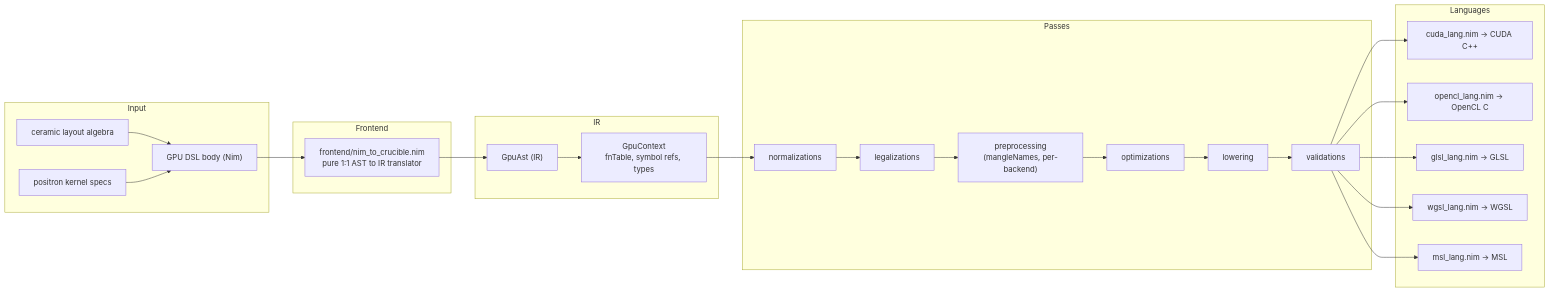
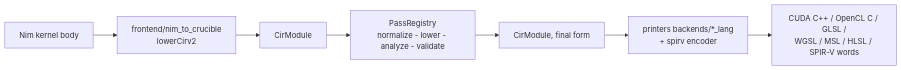
The diagram in workspace/crucible/ARCHITECTURE.md (mratsim/tattletale), drawn with Mermaid before and after one commit. The commit also changed other lines of this file and 216 other files, not shown here.

````diff
--- a/workspace/crucible/ARCHITECTURE.md
+++ b/workspace/crucible/ARCHITECTURE.md
@@ -52,42 +86,9 @@
 ```mermaid
 flowchart LR
-    subgraph Input
-        DSL["GPU DSL body (Nim)"]
-        CER["ceramic layout algebra"]
-        POS["positron kernel specs"]
-    end
-
-    subgraph Frontend
-        F["frontend/nim_to_crucible.nim<br/>pure 1:1 AST to IR translator"]
-    end
-
-    subgraph IR
-        AST["GpuAst (IR)"]
-        CTX["GpuContext<br/>fnTable, symbol refs, types"]
-    end
-
-    subgraph Passes
-        N["normalizations"]
-        LEG["legalizations"]
-        PRE["preprocessing<br/>(mangleNames, per-backend)"]
-        OPT["optimizations"]
-        LOW["lowering"]
-        V["validations"]
-    end
-
-    subgraph Languages
-        B1["cuda_lang.nim -> CUDA C++"]
-        B2["opencl_lang.nim -> OpenCL C"]
-        B3["glsl_lang.nim -> GLSL"]
-        B4["wgsl_lang.nim -> WGSL"]
-        B5["msl_lang.nim -> MSL"]
-    end
-
-    DSL --> F
-    CER --> DSL
-    POS --> DSL
-    F --> AST
-    AST --> CTX
-    CTX --> N --> LEG --> PRE --> OPT --> LOW --> V
-    V --> B1 & B2 & B3 & B4 & B5
+    B["Nim kernel body"] --> F["frontend/nim_to_crucible<br/>lowerCirv2"]
+    F --> M["CirModule"]
+    M --> P["PassRegistry<br/>normalize - lower - analyze - validate"]
+    P --> M2["CirModule, final form"]
+    M2 --> PR["printers backends/*_lang<br/>+ spirv encoder"]
+    PR --> S["CUDA C++ / OpenCL C / GLSL /<br/>WGSL / MSL / HLSL / SPIR-V words"]
 ```
````
